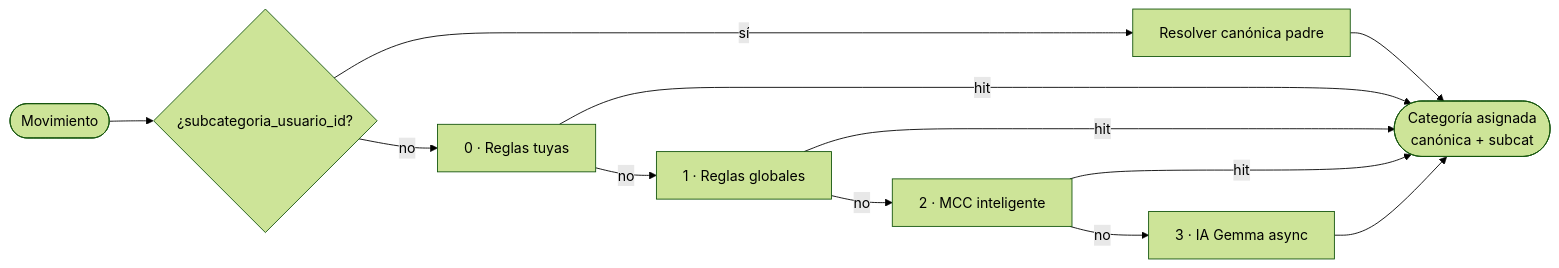
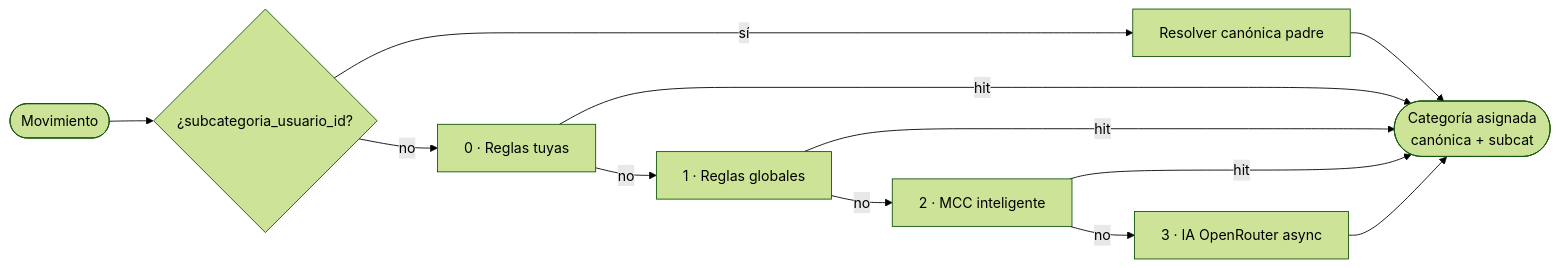
Before and after one commit to anegri93/tagger: the first of 4 diagrams in README.md, drawn with Mermaid (forest theme). The commit also changed other lines of this file and 19 other files, not shown here.

First line of the commit message:
feat(integration): transition IA fallback from Ollama to OpenRouter

````diff
--- a/README.md
+++ b/README.md
@@ -73,14 +73,14 @@
 ```mermaid
 flowchart LR
     IN([Movimiento]) --> SUB{¿subcategoria_usuario_id?}
     SUB -->|sí| RES[Resolver canónica padre]
     RES --> OK([Categoría asignada<br/>canónica + subcat])
     SUB -->|no| C0[0 · Reglas tuyas]
     C0 -->|hit| OK
     C0 -->|no| C1[1 · Reglas globales]
     C1 -->|hit| OK
     C1 -->|no| C2[2 · MCC inteligente]
     C2 -->|hit| OK
-    C2 -->|no| C3[3 · IA Gemma async]
+    C2 -->|no| C3[3 · IA OpenRouter async]
     C3 --> OK
 ```
````
